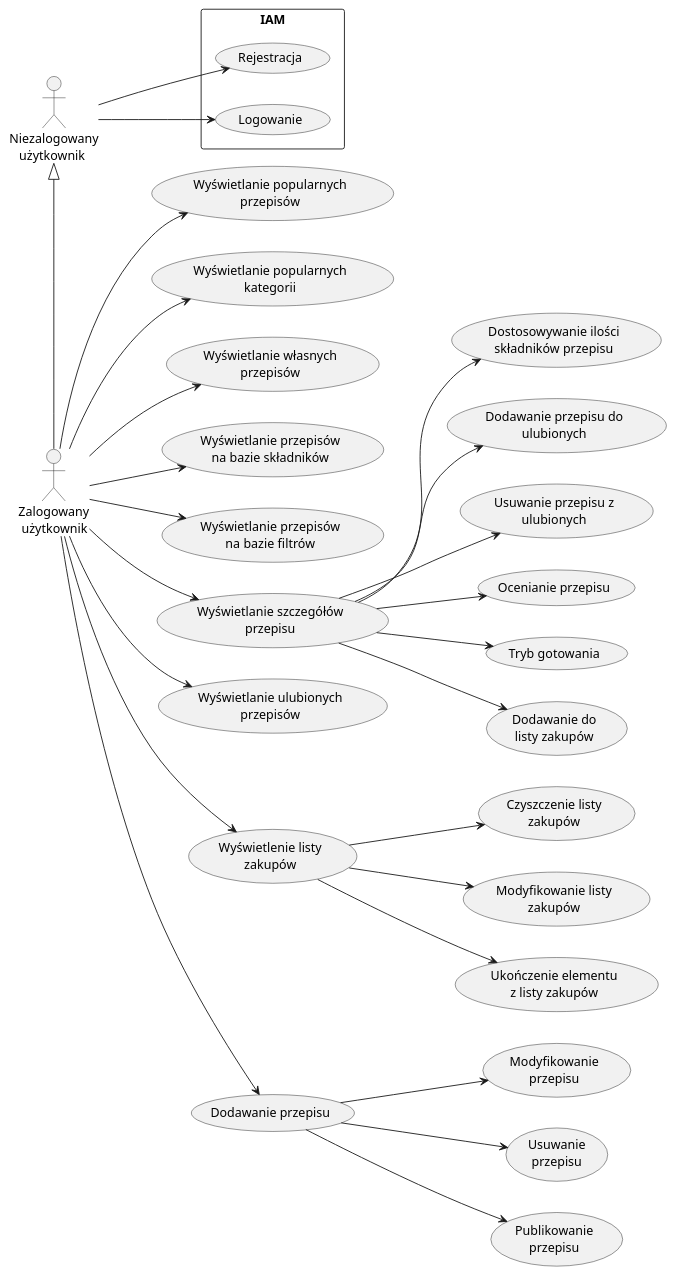
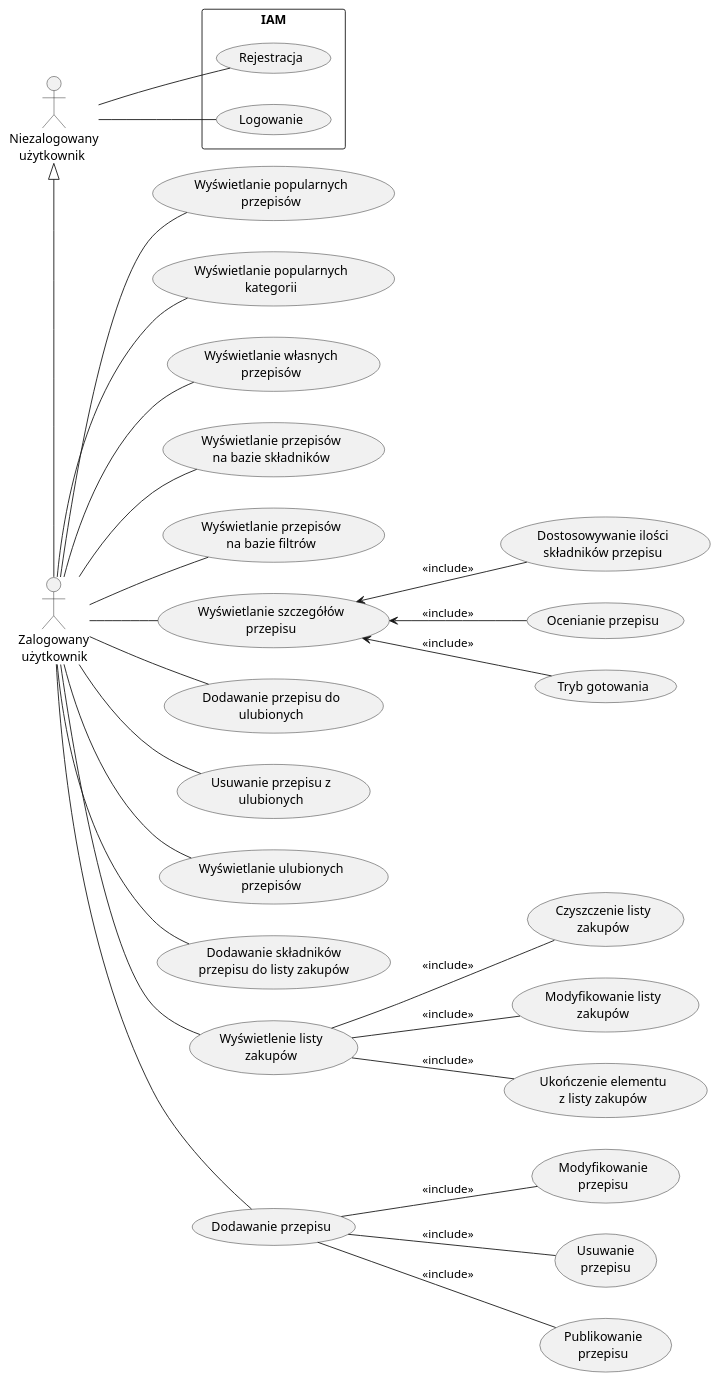
One commit to oskarski/inzynierka changed the diagram in docs/use-case.puml. Above: the diagram before and after it, drawn with PlantUML.

Commit message:
added proper use cases grouping and added `<<include>>` labels

```diff
--- a/docs/use-case.puml
+++ b/docs/use-case.puml
@@ -1,70 +1,70 @@
 @startuml
 left to right direction
 
 actor "Niezalogowany\n   użytkownik" as anonymous_user
 actor "Zalogowany\n użytkownik" as logged_in_user
 
 rectangle IAM {
     usecase "Rejestracja" as iam_register
     usecase "Logowanie" as iam_login
 }
 
 usecase "Wyświetlanie popularnych\nprzepisów" as home_popular_recipes
 usecase "Wyświetlanie popularnych\nkategorii" as home_popular_categories
 usecase "Wyświetlanie własnych\nprzepisów" as home_my_recipes
 
 usecase "Wyświetlanie przepisów\nna bazie składników" as recipes_by_ingredients
 usecase "Wyświetlanie przepisów\nna bazie filtrów" as recipes_by_filters
 
 usecase "Wyświetlanie szczegółów\nprzepisu" as recipe_details
 usecase "Dostosowywanie ilości\nskładników przepisu" as recipe_details_adjust_quantity
-usecase "Dodawanie przepisu do\nulubionych" as recipe_details_add_to_favourite
-usecase "Usuwanie przepisu z\nulubionych" as recipe_details_remove_from_favourite
 usecase "Ocenianie przepisu" as recipe_details_rate
 usecase "Tryb gotowania" as recipe_details_cooking_mode
-usecase "Dodawanie do\nlisty zakupów" as recipe_details_add_to_shopping_list
 
+usecase "Dodawanie przepisu do\nulubionych" as add_recipe_to_favourite
+usecase "Usuwanie przepisu z\nulubionych" as remove_recipe_from_favourite
 usecase "Wyświetlanie ulubionych\nprzepisów" as favourite_recipes
 
+usecase "Dodawanie składników\nprzepisu do listy zakupów" as add_recipe_ingredients_to_shopping_list
 usecase "Wyświetlenie listy\nzakupów" as shopping_list
 usecase "Czyszczenie listy\nzakupów" as shopping_list_clear
 usecase "Modyfikowanie listy\nzakupów" as shopping_list_edit
 usecase "Ukończenie elementu\nz listy zakupów" as shopping_list_complete
 
 usecase "Dodawanie przepisu" as add_recipe
 usecase "Modyfikowanie\nprzepisu" as edit_recipe
 usecase "Usuwanie\nprzepisu" as delete_recipe
 usecase "Publikowanie\nprzepisu" as publish_recipe
 
 anonymous_user <|-right- logged_in_user
 
-anonymous_user --> iam_register
-anonymous_user --> iam_login
+anonymous_user -- iam_register
+anonymous_user -- iam_login
 
-logged_in_user --> home_popular_recipes
-logged_in_user --> home_popular_categories
-logged_in_user --> home_my_recipes
+logged_in_user -- home_popular_recipes
+logged_in_user -- home_popular_categories
+logged_in_user -- home_my_recipes
 
-logged_in_user --> recipes_by_ingredients
-logged_in_user --> recipes_by_filters
+logged_in_user -- recipes_by_ingredients
+logged_in_user -- recipes_by_filters
 
-logged_in_user --> recipe_details
-recipe_details --> recipe_details_adjust_quantity
-recipe_details --> recipe_details_add_to_favourite
-recipe_details --> recipe_details_remove_from_favourite
-recipe_details --> recipe_details_rate
-recipe_details --> recipe_details_cooking_mode
-recipe_details --> recipe_details_add_to_shopping_list
+logged_in_user -- recipe_details
+recipe_details <-- recipe_details_adjust_quantity : <<include>>
+recipe_details <-- recipe_details_rate : <<include>>
+recipe_details <-- recipe_details_cooking_mode : <<include>>
 
-logged_in_user --> favourite_recipes
+logged_in_user -- add_recipe_to_favourite
+logged_in_user -- remove_recipe_from_favourite
+logged_in_user -- favourite_recipes
 
-logged_in_user --> shopping_list
-shopping_list --> shopping_list_clear
-shopping_list --> shopping_list_edit
-shopping_list --> shopping_list_complete
+logged_in_user -- add_recipe_ingredients_to_shopping_list
+logged_in_user -- shopping_list
+shopping_list -- shopping_list_clear : <<include>>
+shopping_list -- shopping_list_edit : <<include>>
+shopping_list -- shopping_list_complete : <<include>>
 
-logged_in_user --> add_recipe
-add_recipe --> edit_recipe
-add_recipe --> delete_recipe
-add_recipe --> publish_recipe
+logged_in_user -- add_recipe
+add_recipe -- publish_recipe : <<include>>
+add_recipe -- edit_recipe : <<include>>
+add_recipe -- delete_recipe : <<include>>
 @enduml
```
